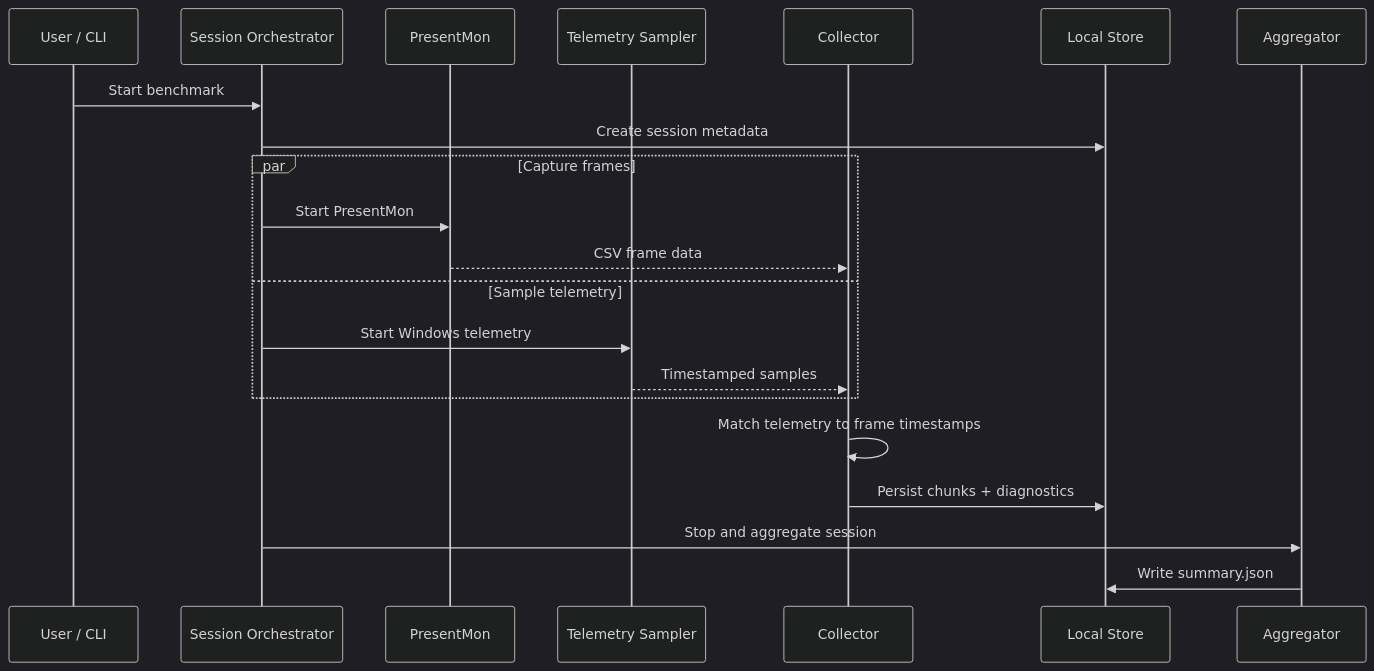
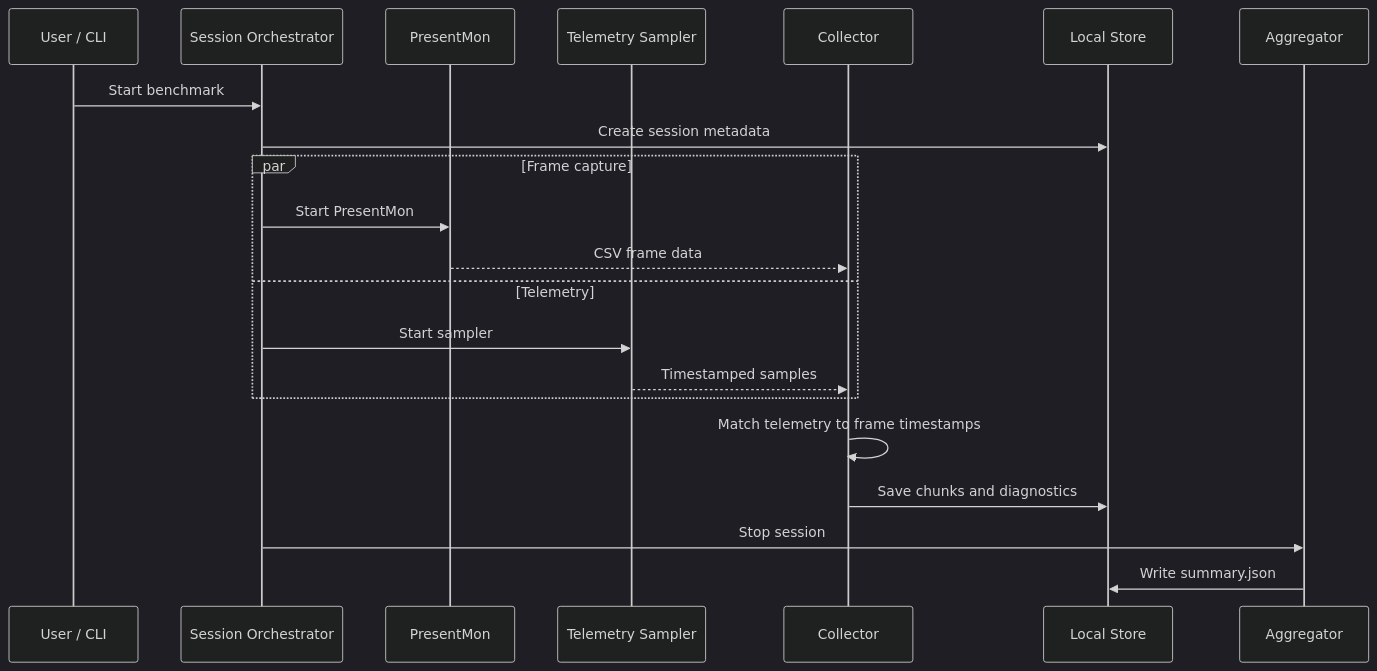
The diagram in docs/architecture.md (Gencalp/ZykeMark), drawn with Mermaid (dark theme) before and after one commit. The commit also changed other lines of this file, not shown here.

Commit message:
docs: simplify architecture documentation

````diff
--- a/docs/architecture.md
+++ b/docs/architecture.md
@@ -64,24 +61,24 @@
 ```mermaid
 sequenceDiagram
     participant U as User / CLI
     participant O as Session Orchestrator
     participant P as PresentMon
     participant T as Telemetry Sampler
     participant C as Collector
     participant S as Local Store
     participant A as Aggregator
 
     U->>O: Start benchmark
     O->>S: Create session metadata
-    par Capture frames
+    par Frame capture
         O->>P: Start PresentMon
         P-->>C: CSV frame data
-    and Sample telemetry
-        O->>T: Start Windows telemetry
+    and Telemetry
+        O->>T: Start sampler
         T-->>C: Timestamped samples
     end
     C->>C: Match telemetry to frame timestamps
-    C->>S: Persist chunks + diagnostics
-    O->>A: Stop and aggregate session
+    C->>S: Save chunks and diagnostics
+    O->>A: Stop session
     A->>S: Write summary.json
 ```
````
